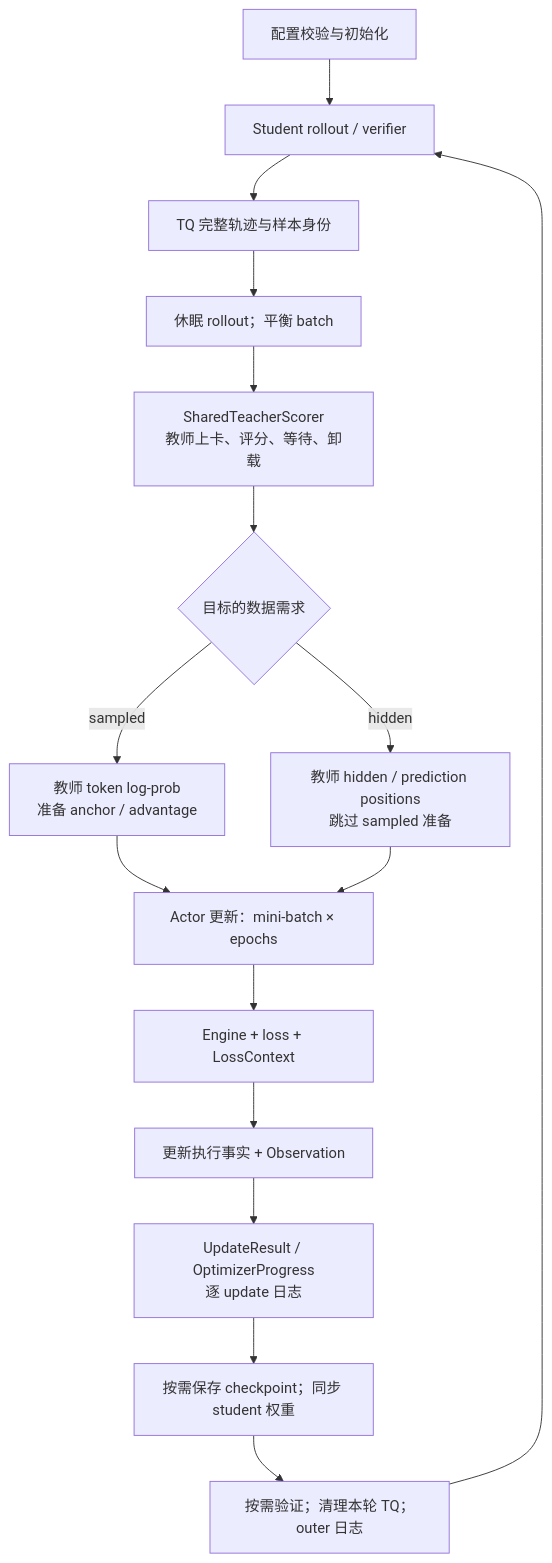
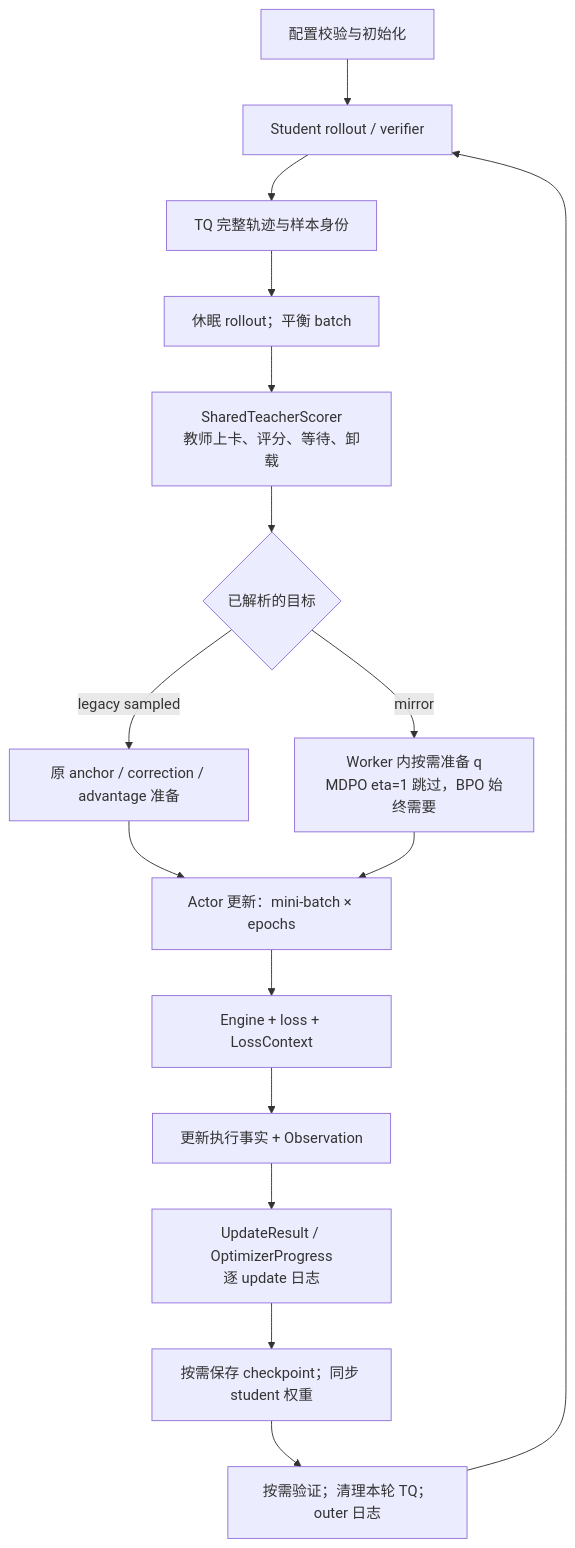
Before and after one commit to WncFht/MirrorOPD-verl: the diagram in examples/mirroropd/docs/architecture.md, drawn with Mermaid. The commit also changed other lines of this file and 25 other files, not shown here.

````diff
--- a/examples/mirroropd/docs/architecture.md
+++ b/examples/mirroropd/docs/architecture.md
@@ -19,18 +19,18 @@
 ```mermaid
 flowchart TD
     A["配置校验与初始化"] --> B["Student rollout / verifier"]
     B --> C["TQ 完整轨迹与样本身份"]
     C --> D["休眠 rollout；平衡 batch"]
     D --> E["SharedTeacherScorer<br/>教师上卡、评分、等待、卸载"]
-    E --> F{"目标的数据需求"}
-    F -->|sampled| G["教师 token log-prob<br/>准备 anchor / advantage"]
-    F -->|hidden| H["教师 hidden / prediction positions<br/>跳过 sampled 准备"]
+    E --> F{"已解析的目标"}
+    F -->|legacy sampled| G["原 anchor / correction / advantage 准备"]
+    F -->|mirror| H["Worker 内按需准备 q<br/>MDPO eta=1 跳过，BPO 始终需要"]
     G --> I["Actor 更新：mini-batch × epochs"]
     H --> I
     I --> J["Engine + loss + LossContext"]
     J --> K["更新执行事实 + Observation"]
     K --> L["UpdateResult / OptimizerProgress<br/>逐 update 日志"]
     L --> M["按需保存 checkpoint；同步 student 权重"]
     M --> N["按需验证；清理本轮 TQ；outer 日志"]
     N --> B
 ```
````
